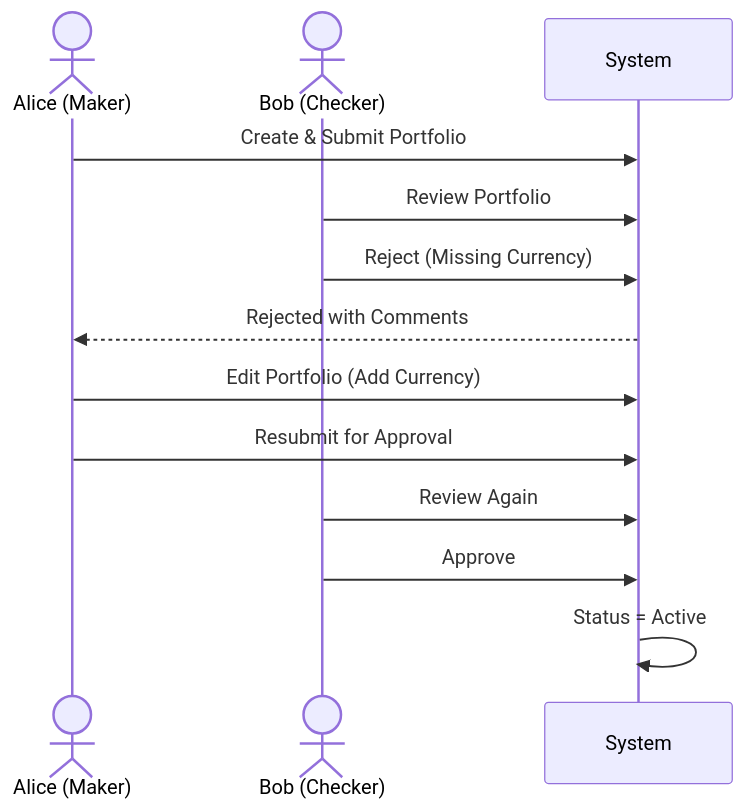
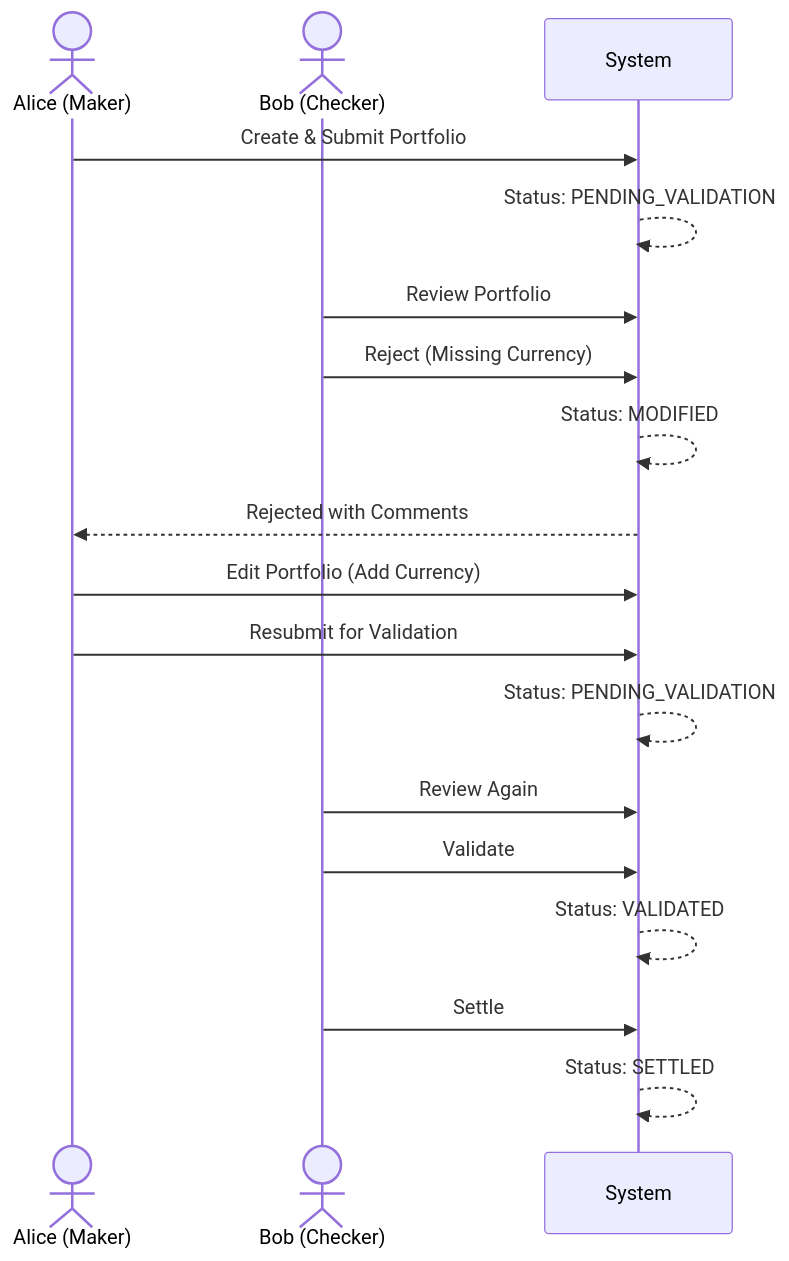
Before and after one commit to lifeislearningforever/Trade_Management_System: the third of 4 diagrams in cis_trade_hive/docs/docs/business/four-eyes-workflow.md, drawn with Mermaid. The commit also changed other lines of this file and 43 other files, not shown here.

````diff
--- a/cis_trade_hive/docs/docs/business/four-eyes-workflow.md
+++ b/cis_trade_hive/docs/docs/business/four-eyes-workflow.md
@@ -266,16 +307,21 @@
 ```mermaid
 sequenceDiagram
     actor Alice as Alice (Maker)
     actor Bob as Bob (Checker)
     participant System
 
     Alice->>System: Create & Submit Portfolio
+    System-->>System: Status: PENDING_VALIDATION
     Bob->>System: Review Portfolio
     Bob->>System: Reject (Missing Currency)
+    System-->>System: Status: MODIFIED
     System-->>Alice: Rejected with Comments
     Alice->>System: Edit Portfolio (Add Currency)
-    Alice->>System: Resubmit for Approval
+    Alice->>System: Resubmit for Validation
+    System-->>System: Status: PENDING_VALIDATION
     Bob->>System: Review Again
-    Bob->>System: Approve
-    System->>System: Status = Active
+    Bob->>System: Validate
+    System-->>System: Status: VALIDATED
+    Bob->>System: Settle
+    System-->>System: Status: SETTLED
 ```
````
